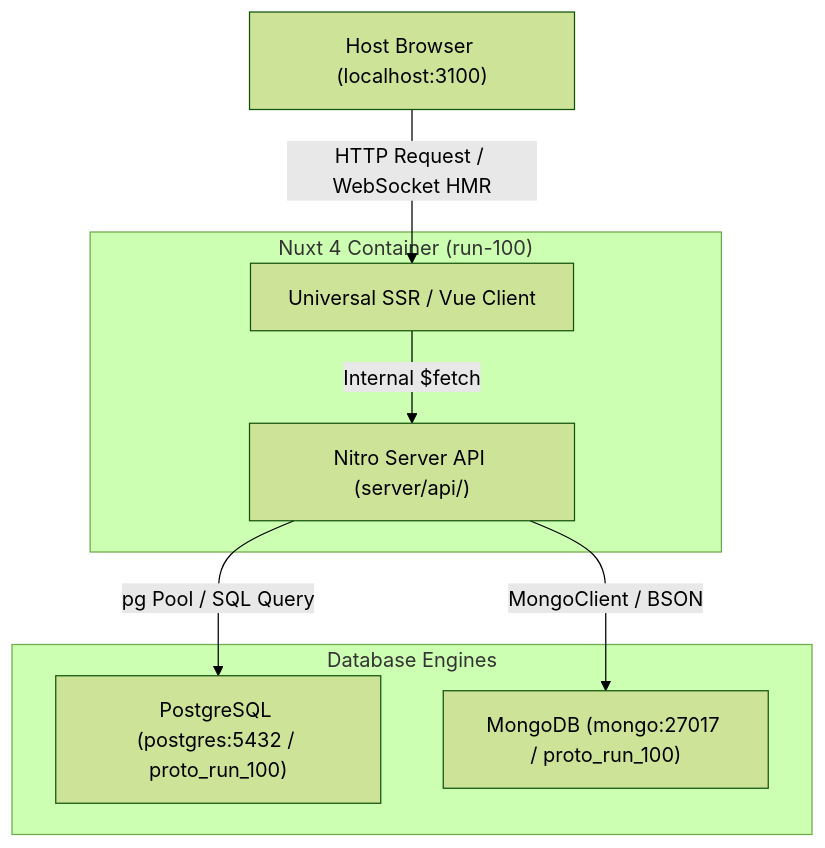
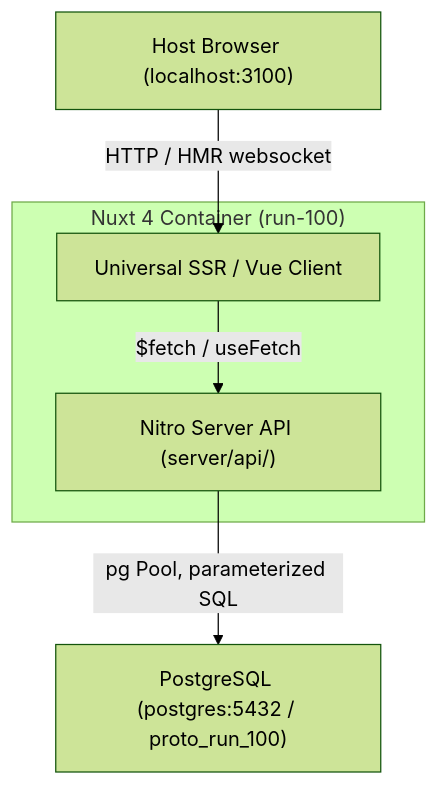
One commit to dltslt/42-tc-proto-docker changed the diagram in docs/run-100/design.md. Above: the diagram before and after it, drawn with Mermaid (forest theme). The commit also changed other lines of this file and 3 other files, not shown here.

````diff
--- a/docs/run-100/design.md
+++ b/docs/run-100/design.md
@@ -8,19 +12,15 @@
 ```mermaid
 flowchart TD
     Browser["Host Browser (localhost:3100)"]
-    
+
     subgraph Container["Nuxt 4 Container (run-100)"]
         Universal["Universal SSR / Vue Client"]
         NitroAPI["Nitro Server API (server/api/)"]
     end
-    
-    subgraph Databases["Database Engines"]
-        PG["PostgreSQL (postgres:5432 / proto_run_100)"]
-        Mongo["MongoDB (mongo:27017 / proto_run_100)"]
-    end
 
-    Browser -->|HTTP Request / WebSocket HMR| Universal
-    Universal -->|Internal $fetch| NitroAPI
-    NitroAPI -->|pg Pool / SQL Query| PG
-    NitroAPI -->|MongoClient / BSON| Mongo
+    PG["PostgreSQL (postgres:5432 / proto_run_100)"]
+
+    Browser -->|HTTP / HMR websocket| Universal
+    Universal -->|$fetch / useFetch| NitroAPI
+    NitroAPI -->|pg Pool, parameterized SQL| PG
 ```
````
